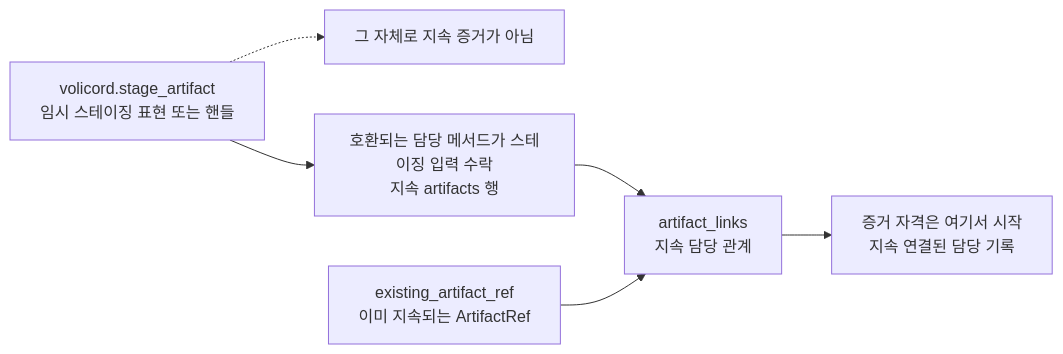
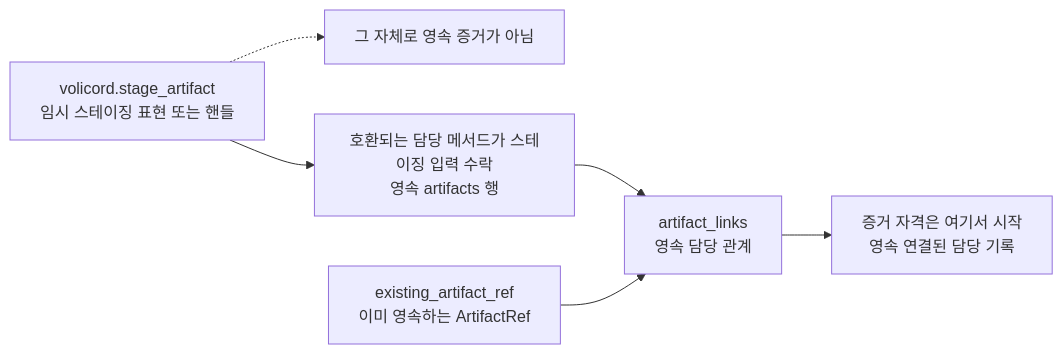
Before and after one commit to minjungw00/Volicord: the diagram in docs/ko/reference/storage-artifacts.md, drawn with Mermaid. The commit also changed other lines of this file and 13 other files, not shown here.

````diff
--- a/docs/ko/reference/storage-artifacts.md
+++ b/docs/ko/reference/storage-artifacts.md
@@ -37,13 +37,13 @@
 ```mermaid
 flowchart LR
   Stage["volicord.stage_artifact<br/>임시 스테이징 표현 또는 핸들"]
-  NoEvidence["그 자체로 지속 증거가 아님"]
-  Promote["호환되는 담당 메서드가 스테이징 입력 수락<br/>지속 artifacts 행"]
-  Link["artifact_links<br/>지속 담당 관계"]
-  Evidence["증거 자격은 여기서 시작<br/>지속 연결된 담당 기록"]
-  Reuse["existing_artifact_ref<br/>이미 지속되는 ArtifactRef"]
+  NoEvidence["그 자체로 영속 증거가 아님"]
+  Promote["호환되는 담당 메서드가 스테이징 입력 수락<br/>영속 artifacts 행"]
+  Link["artifact_links<br/>영속 담당 관계"]
+  Evidence["증거 자격은 여기서 시작<br/>영속 연결된 담당 기록"]
+  Reuse["existing_artifact_ref<br/>이미 영속하는 ArtifactRef"]
 
   Stage --> Promote --> Link --> Evidence
   Stage -.-> NoEvidence
   Reuse --> Link
 ```
````
